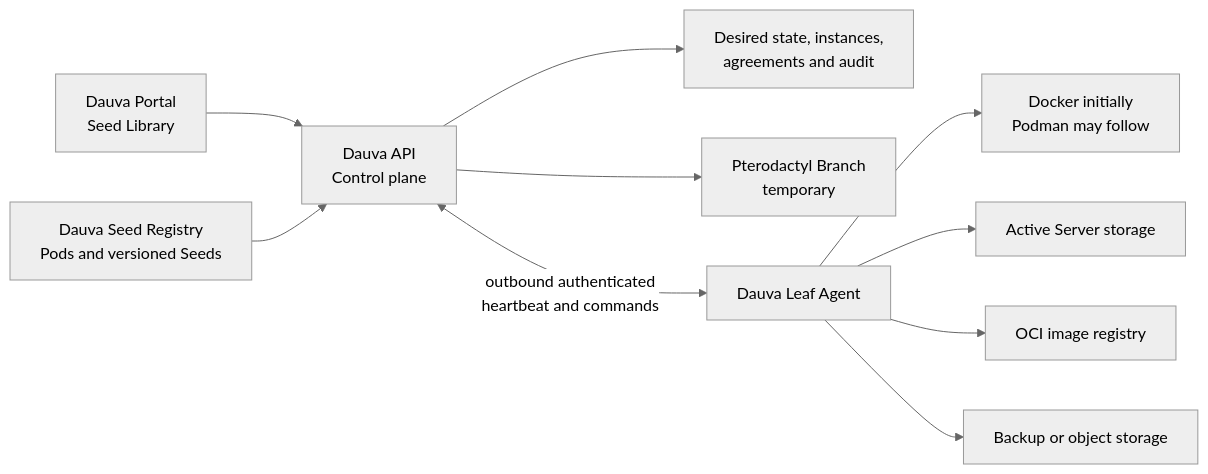
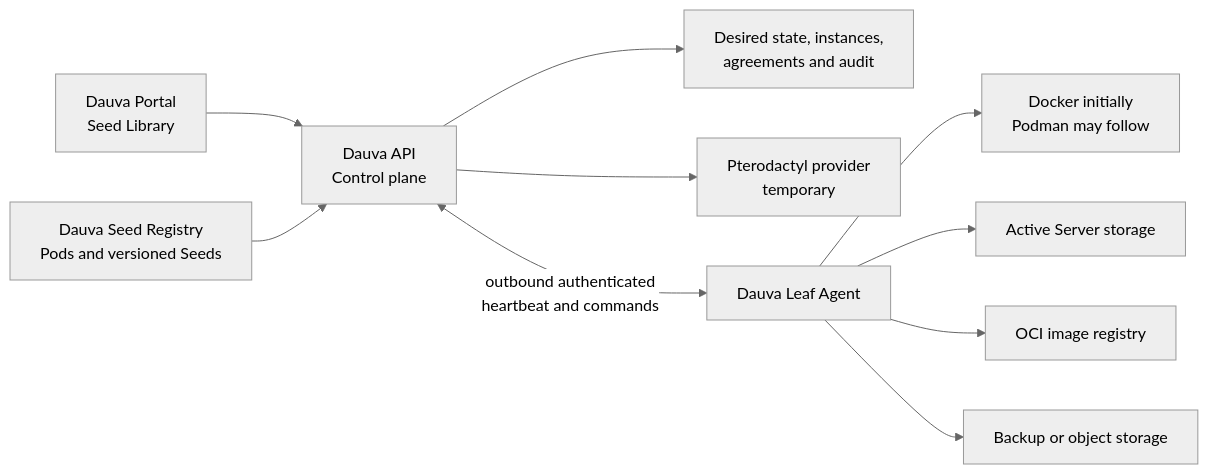
The diagram in docs/architecture/dauva-native-server-platform.md (Deucarian/dauva-seeds), drawn with Mermaid (neutral theme) before and after one commit. The commit also changed other lines of this file and 2 other files, not shown here.

Commit message:
Define Tree and Branch vocabulary

````diff
--- a/docs/architecture/dauva-native-server-platform.md
+++ b/docs/architecture/dauva-native-server-platform.md
@@ -177,12 +199,12 @@
 ```mermaid
 flowchart LR
     Portal["Dauva Portal<br/>Seed Library"] --> API["Dauva API<br/>Control plane"]
     Registry["Dauva Seed Registry<br/>Pods and versioned Seeds"] --> API
     API --> Database["Desired state, instances,<br/>agreements and audit"]
-    API --> Pterodactyl["Pterodactyl Branch<br/>temporary"]
+    API --> Pterodactyl["Pterodactyl provider<br/>temporary"]
     API <-->|"outbound authenticated<br/>heartbeat and commands"| Agent["Dauva Leaf Agent"]
     Agent --> Runtime["Docker initially<br/>Podman may follow"]
     Agent --> Data["Active Server storage"]
     Agent --> Images["OCI image registry"]
     Agent --> Backups["Backup or object storage"]
 ```
````
